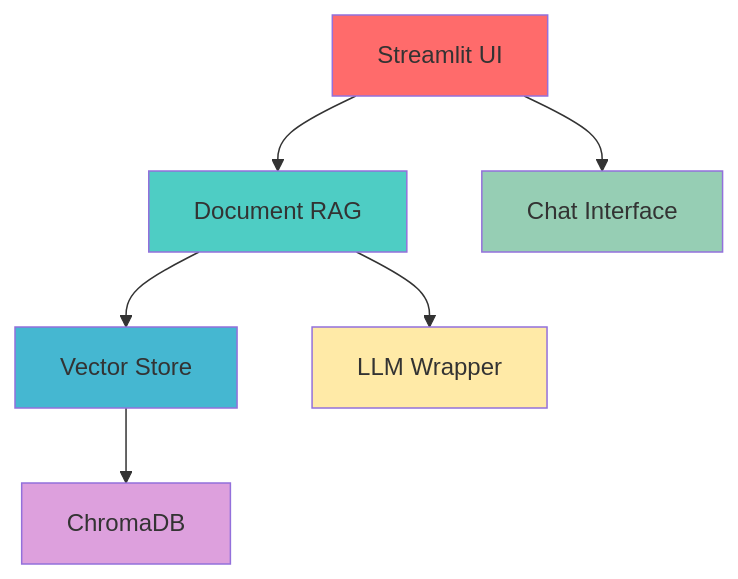
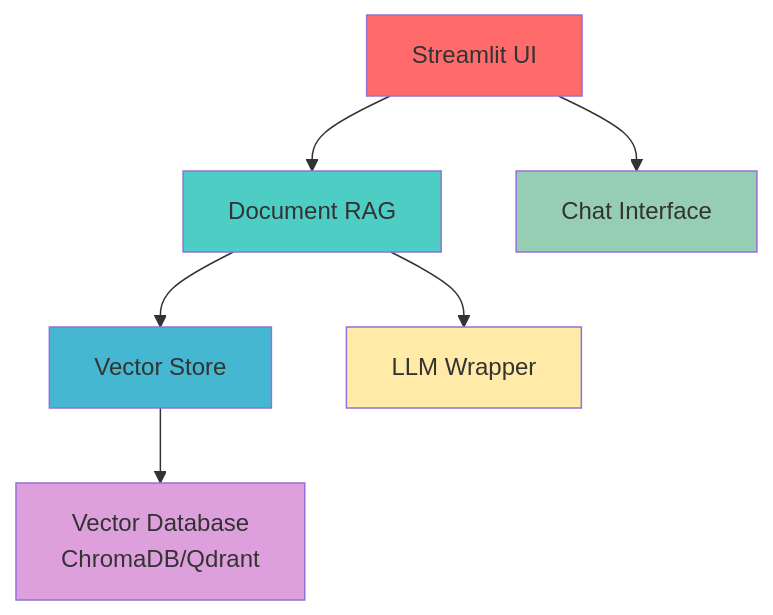
The diagram in README.md (shre-db/doqtoq), drawn with Mermaid before and after one commit. The commit also changed other lines of this file and 2 other files, not shown here.

````diff
--- a/README.md
+++ b/README.md
@@ -164,15 +187,15 @@
 ```mermaid
 graph TD
     A[Streamlit UI] --> B[Document RAG]
     B --> C[Vector Store]
     A --> D[Chat Interface]
     B --> E[LLM Wrapper]
-    C --> F[ChromaDB]
+    C --> F[Vector Database<br/>ChromaDB/Qdrant]
 
     style A fill:#ff6b6b
     style B fill:#4ecdc4
     style C fill:#45b7d1
     style D fill:#96ceb4
     style E fill:#ffeaa7
     style F fill:#dda0dd
 ```
````
